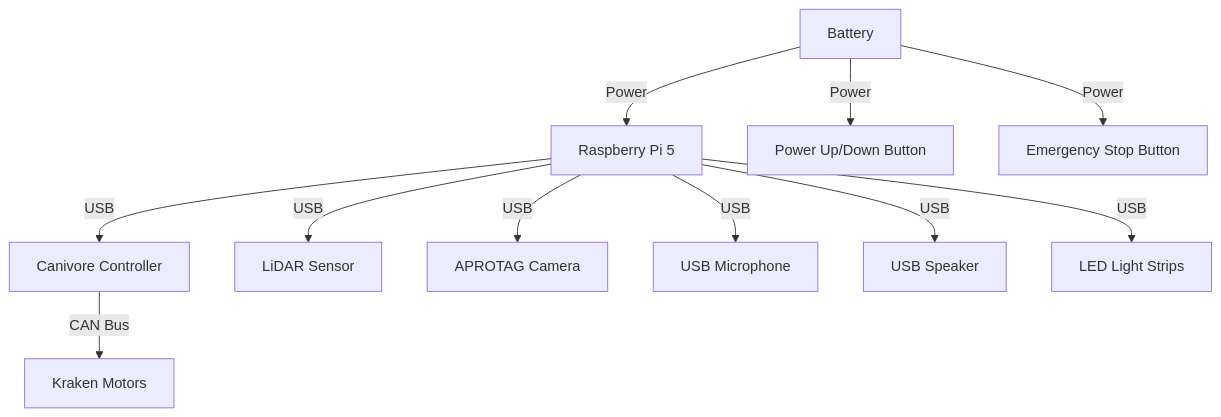
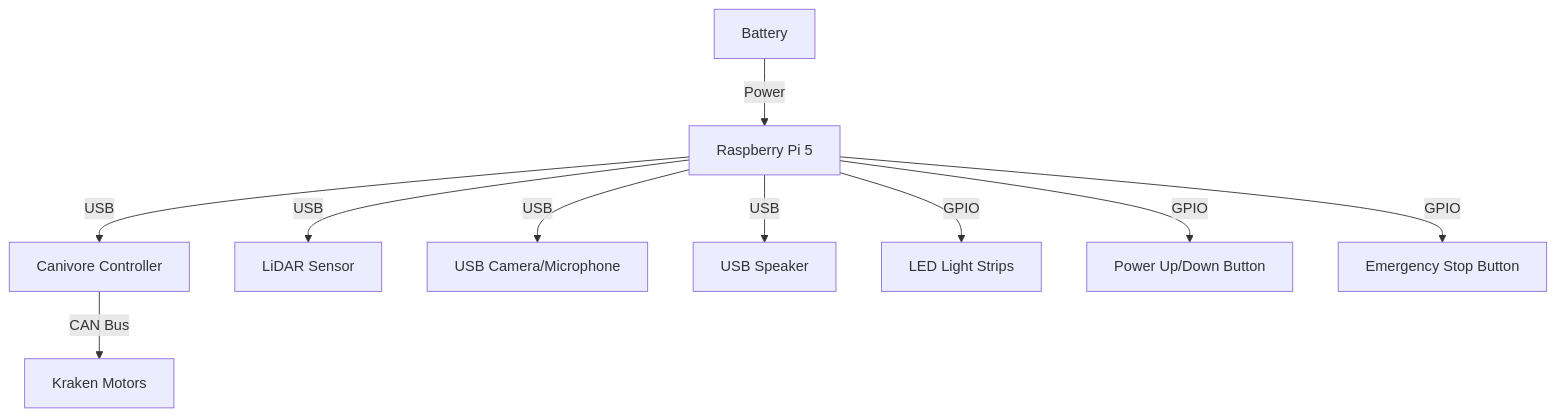
Before and after one commit to VCHSRobots/coffeebot: the first of 2 diagrams in README.md, drawn with Mermaid.

````diff
--- a/README.md
+++ b/README.md
@@ -31,13 +31,12 @@
 ```mermaid
 graph TD
     A[Battery] -->|Power| B[Raspberry Pi 5]
     B -->|USB| C[Canivore Controller]
     C -->|CAN Bus| D[Kraken Motors]
     B -->|USB| E[LiDAR Sensor]
-    B -->|USB| F[APROTAG Camera]
-    B -->|USB| G[USB Microphone]
+    B -->|USB| F[USB Camera/Microphone]
     B -->|USB| H[USB Speaker]
-    B -->|USB| I[LED Light Strips]
-    A -->|Power| J[Power Up/Down Button]
-    A -->|Power| K[Emergency Stop Button]
+    B -->|GPIO| I[LED Light Strips]
+    B -->|GPIO| J[Power Up/Down Button]
+    B -->|GPIO| K[Emergency Stop Button]
 ```
````
